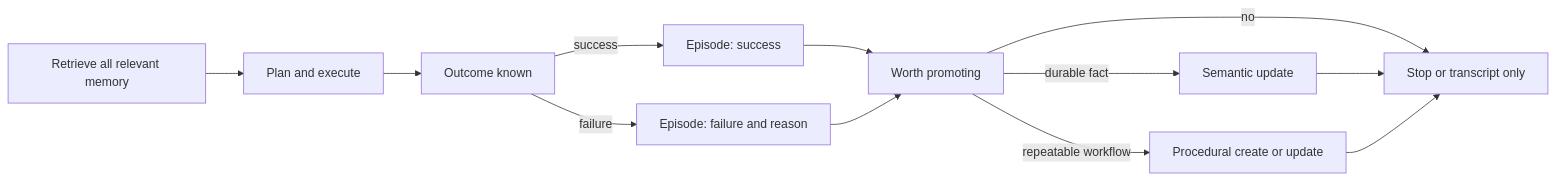
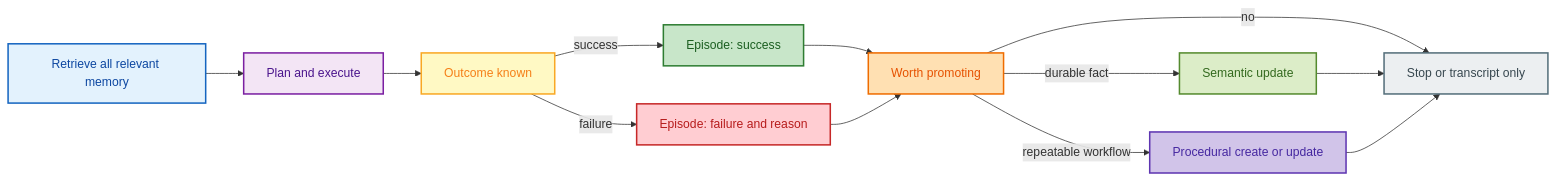
The fifth of 10 diagrams in docs/doc.md (srirama4n/adk_long_term), drawn with Mermaid before and after one commit. The commit also changed other lines of this file, not shown here.

````diff
--- a/docs/doc.md
+++ b/docs/doc.md
@@ -211,14 +247,24 @@
 ```mermaid
 flowchart LR
     A["Retrieve all relevant memory"] --> B["Plan and execute"]
     B --> C["Outcome known"]
     C -->|success| D["Episode: success"]
     C -->|failure| E["Episode: failure and reason"]
     D --> F["Worth promoting"]
     E --> F
     F -->|durable fact| G["Semantic update"]
     F -->|repeatable workflow| H["Procedural create or update"]
     F -->|no| I["Stop or transcript only"]
     G --> I
     H --> I
+
+    style A fill:#E3F2FD,stroke:#1565C0,stroke-width:2px,color:#0D47A1
+    style B fill:#F3E5F5,stroke:#7B1FA2,stroke-width:2px,color:#4A148C
+    style C fill:#FFF9C4,stroke:#F9A825,stroke-width:2px,color:#F57F17
+    style D fill:#C8E6C9,stroke:#2E7D32,stroke-width:2px,color:#1B5E20
+    style E fill:#FFCDD2,stroke:#C62828,stroke-width:2px,color:#B71C1C
+    style F fill:#FFE0B2,stroke:#EF6C00,stroke-width:2px,color:#E65100
+    style G fill:#DCEDC8,stroke:#558B2F,stroke-width:2px,color:#33691E
+    style H fill:#D1C4E9,stroke:#5E35B1,stroke-width:2px,color:#4527A0
+    style I fill:#ECEFF1,stroke:#546E7A,stroke-width:2px,color:#37474F
 ```
````
